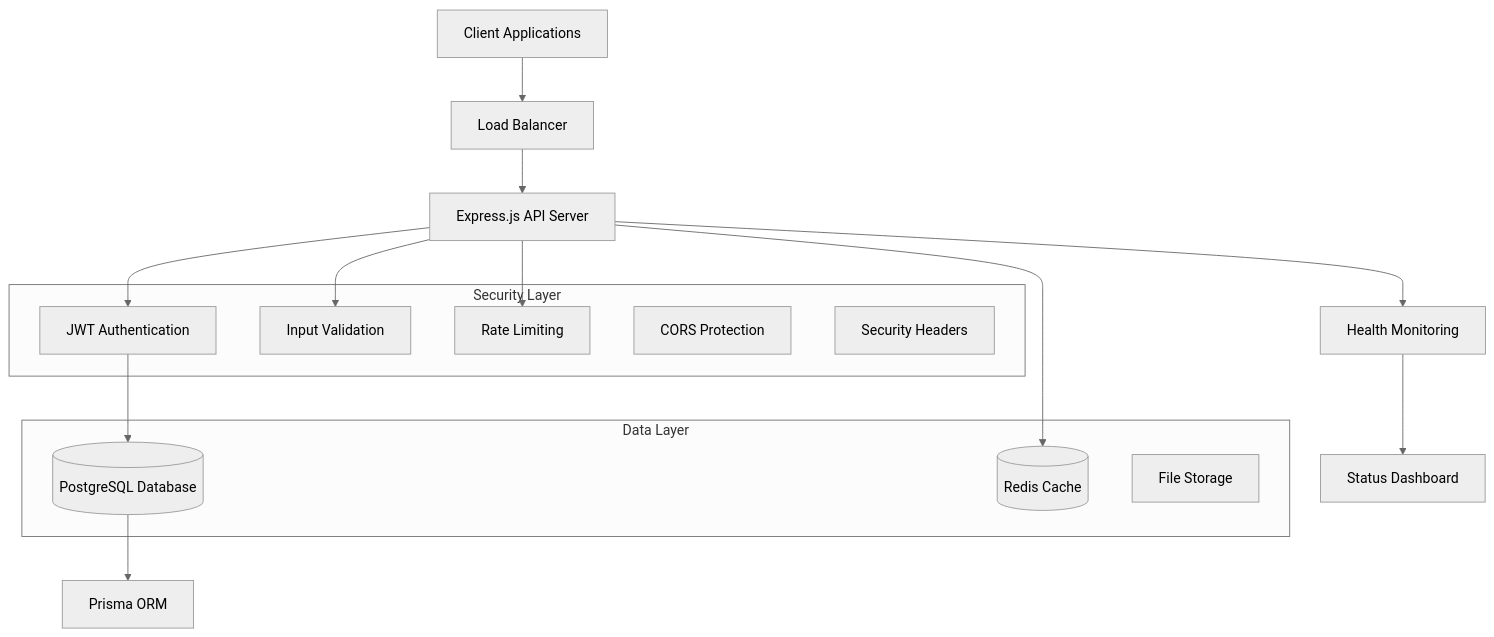
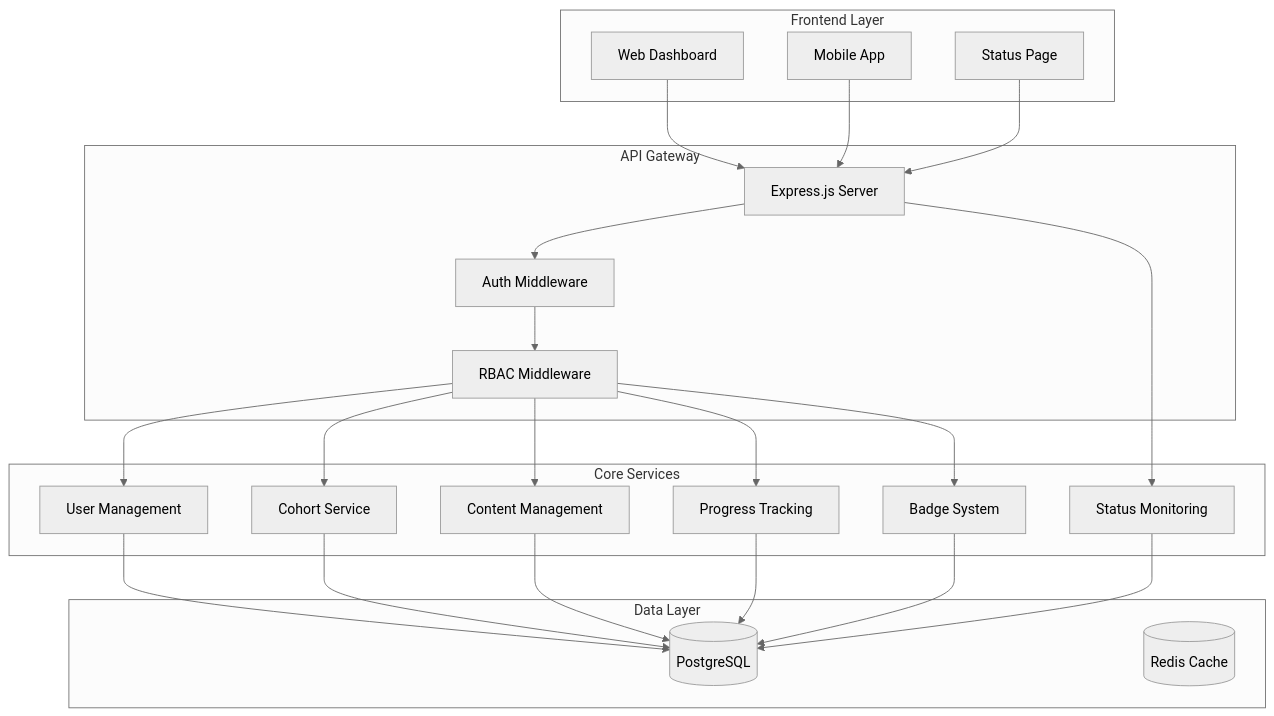
Before and after one commit to openlearnnitj/openlearn-backend: the first of 6 diagrams in README.md, drawn with Mermaid (neutral theme). The commit also changed other lines of this file, not shown here.

````diff
--- a/README.md
+++ b/README.md
@@ -95,30 +88,47 @@
 ```mermaid
 graph TB
-    Client[Client Applications] --> LB[Load Balancer]
-    LB --> API[Express.js API Server]
+    subgraph "Frontend Layer"
+        WEB[Web Dashboard]
+        MOBILE[Mobile App]
+        STATUS[Status Page]
+    end
     
-    API --> Auth[JWT Authentication]
-    API --> Valid[Input Validation]
-    API --> Rate[Rate Limiting]
+    subgraph "API Gateway"
+        EXPRESS[Express.js Server]
+        AUTH_MW[Auth Middleware]
+        RBAC[RBAC Middleware]
+    end
     
-    Auth --> DB[(PostgreSQL Database)]
-    API --> Cache[(Redis Cache)]
-    API --> Monitor[Health Monitoring]
-    
-    DB --> Prisma[Prisma ORM]
-    Monitor --> Status[Status Dashboard]
-    
-    subgraph "Security Layer"
-        Auth
-        Valid
-        Rate
-        CORS[CORS Protection]
-        Helmet[Security Headers]
+    subgraph "Core Services"
+        USER_SVC[User Management]
+        COHORT_SVC[Cohort Service]
+        CONTENT_SVC[Content Management]
+        PROGRESS_SVC[Progress Tracking]
+        BADGE_SVC[Badge System]
+        STATUS_SVC[Status Monitoring]
     end
     
     subgraph "Data Layer"
-        DB
-        Cache
-        Files[File Storage]
+        POSTGRES[(PostgreSQL)]
+        REDIS[(Redis Cache)]
     end
+    
+    WEB --> EXPRESS
+    MOBILE --> EXPRESS
+    STATUS --> EXPRESS
+    EXPRESS --> AUTH_MW
+    AUTH_MW --> RBAC
+    RBAC --> USER_SVC
+    RBAC --> COHORT_SVC
+    RBAC --> CONTENT_SVC
+    RBAC --> PROGRESS_SVC
+    RBAC --> BADGE_SVC
+    EXPRESS --> STATUS_SVC
+    
+    USER_SVC --> POSTGRES
+    COHORT_SVC --> POSTGRES
+    CONTENT_SVC --> POSTGRES
+    PROGRESS_SVC --> POSTGRES
+    BADGE_SVC --> POSTGRES
+    STATUS_SVC --> POSTGRES
 ```
````
